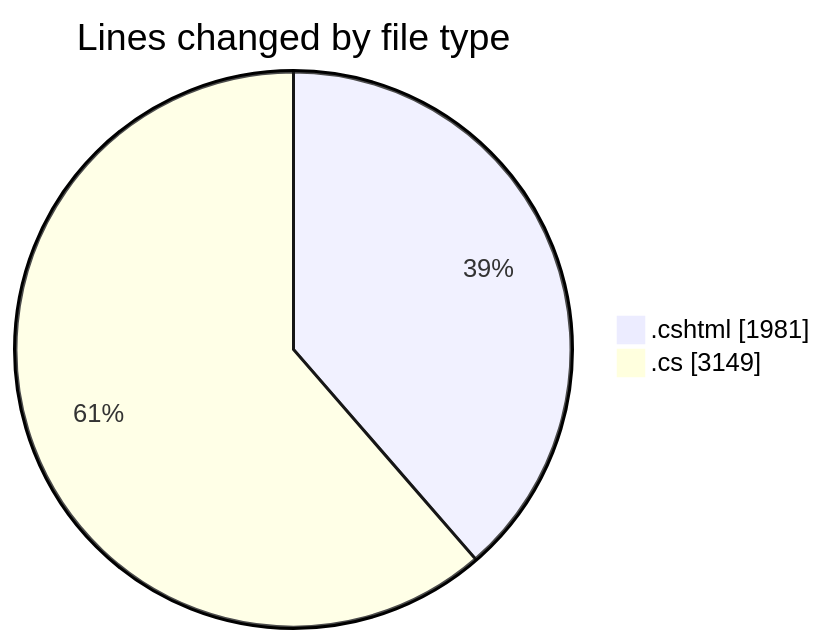
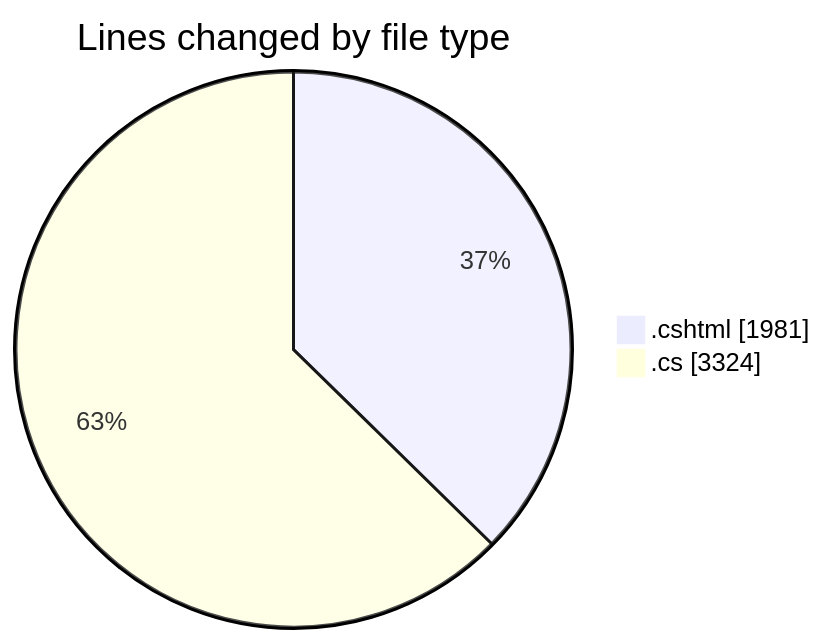
The first of 2 diagrams in 2025-07-17/nhahang/README.md (lephambinh05/code-tracking), drawn with Mermaid before and after one commit. The commit also changed other lines of this file and 1 other file, not shown here.

````diff
--- a/2025-07-17/nhahang/README.md
+++ b/2025-07-17/nhahang/README.md
@@ -75,6 +80,6 @@
 ```mermaid
 pie showData
 title Lines changed by file type
 ".cshtml" : 1981
-".cs" : 3149
+".cs" : 3324
 ```
````
